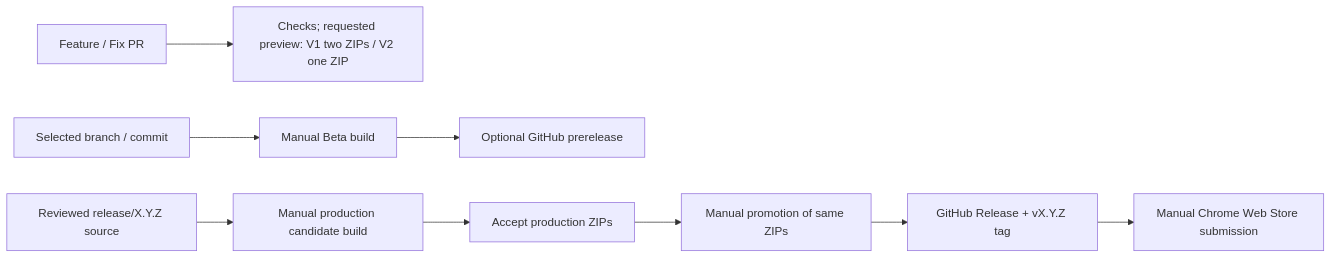
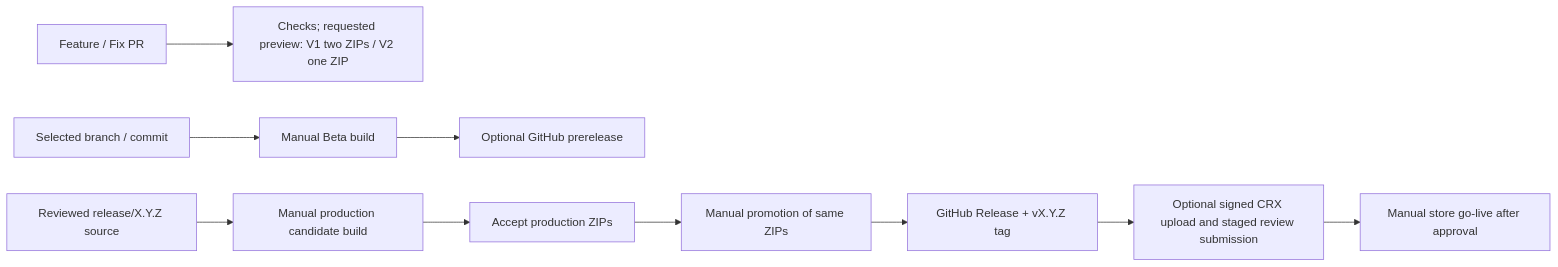
The diagram in docs/release-workflow.md (NoirWallet/noir-wallet), drawn with Mermaid before and after one commit. The commit also changed other lines of this file and 16 other files, not shown here.

Commit message:
feat(release): sign and submit accepted extensions for staged review

````diff
--- a/docs/release-workflow.md
+++ b/docs/release-workflow.md
@@ -83,11 +83,12 @@
 ```mermaid
 flowchart LR
   A["Feature / Fix PR"] --> B["Checks; requested preview: V1 two ZIPs / V2 one ZIP"]
   C["Selected branch / commit"] --> D["Manual Beta build"]
   D --> E["Optional GitHub prerelease"]
   F["Reviewed release/X.Y.Z source"] --> G["Manual production candidate build"]
   G --> H["Accept production ZIPs"]
   H --> I["Manual promotion of same ZIPs"]
   I --> J["GitHub Release + vX.Y.Z tag"]
-  J --> K["Manual Chrome Web Store submission"]
+  J --> K["Optional signed CRX upload and staged review submission"]
+  K --> L["Manual store go-live after approval"]
 ```
````
